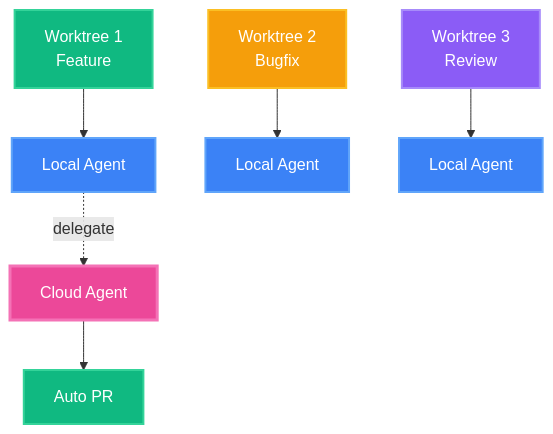
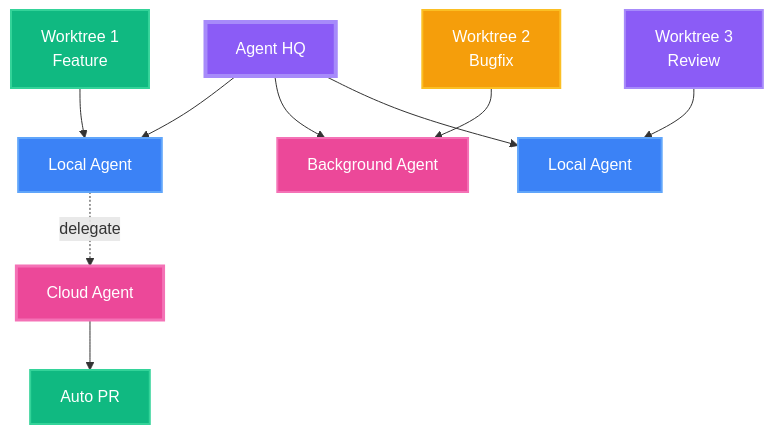
Before and after one commit to TheRoks/git-worktree: the third of 3 diagrams in slides.md, drawn with Mermaid. The commit also changed other lines of this file, not shown here.

Commit message:
Update slides to incorporate VSCode 1.107 Agent HQ features

````diff
--- a/slides.md
+++ b/slides.md
@@ -804,27 +806,34 @@
 ```mermaid {scale: 0.6, theme: 'dark'}
 graph TB
+    HQ["Agent HQ"]:::agentHq
     W1["Worktree 1<br/>Feature"]:::worktree1
     W2["Worktree 2<br/>Bugfix"]:::worktree2
     W3["Worktree 3<br/>Review"]:::worktree3
 
     A1["Local Agent"]:::localAgent
-    A2["Local Agent"]:::localAgent
+    A2["Background Agent"]:::bgAgent
     A3["Local Agent"]:::localAgent
 
     CA["Cloud Agent"]:::cloudAgent
     PR["Auto PR"]:::pr
 
+    HQ --> A1
+    HQ --> A2
+    HQ --> A3
+    
     W1 --> A1
     W2 --> A2
     W3 --> A3
 
     A1 -.->|delegate| CA
     CA --> PR
 
+    classDef agentHq fill:#8b5cf6,stroke:#a78bfa,stroke-width:4px,color:#fff
     classDef worktree1 fill:#10b981,stroke:#34d399,stroke-width:2px,color:#fff
     classDef worktree2 fill:#f59e0b,stroke:#fbbf24,stroke-width:2px,color:#fff
     classDef worktree3 fill:#8b5cf6,stroke:#a78bfa,stroke-width:2px,color:#fff
     classDef localAgent fill:#3b82f6,stroke:#60a5fa,stroke-width:2px,color:#fff
+    classDef bgAgent fill:#ec4899,stroke:#f472b6,stroke-width:2px,color:#fff
     classDef cloudAgent fill:#ec4899,stroke:#f472b6,stroke-width:3px,color:#fff
     classDef pr fill:#10b981,stroke:#34d399,stroke-width:2px,color:#fff
 ```
````
